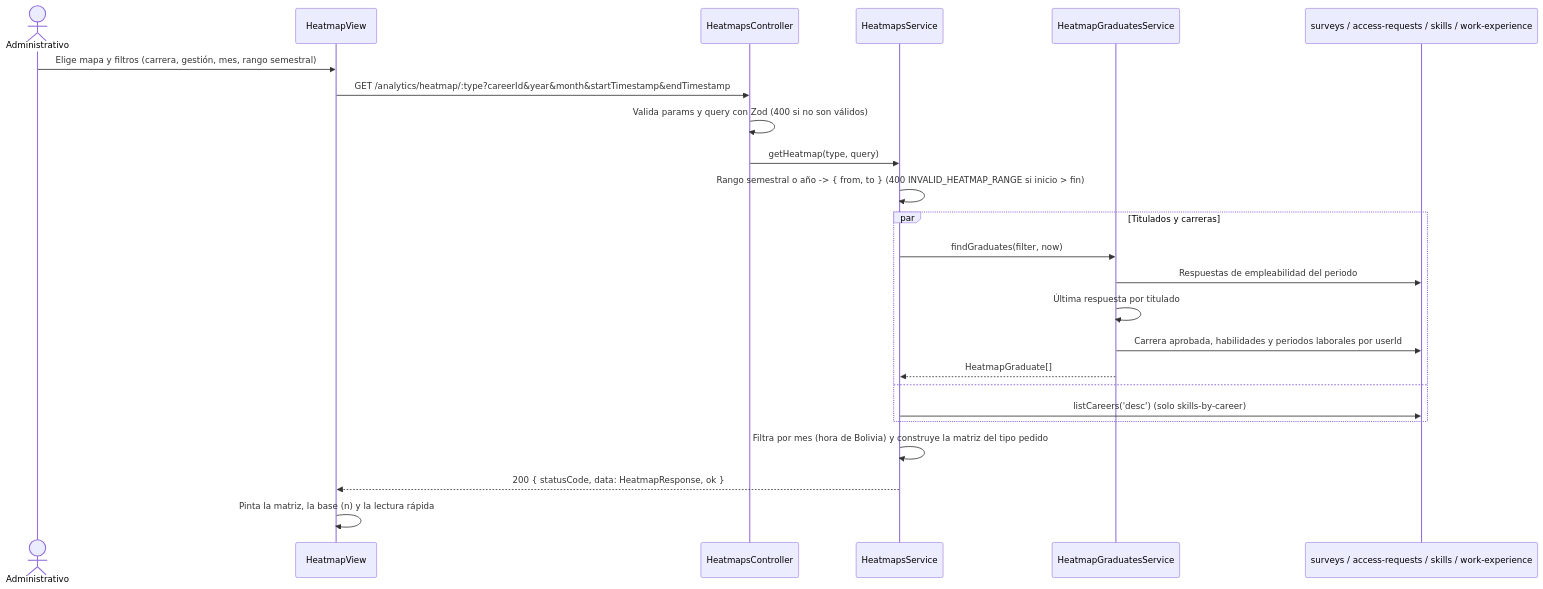
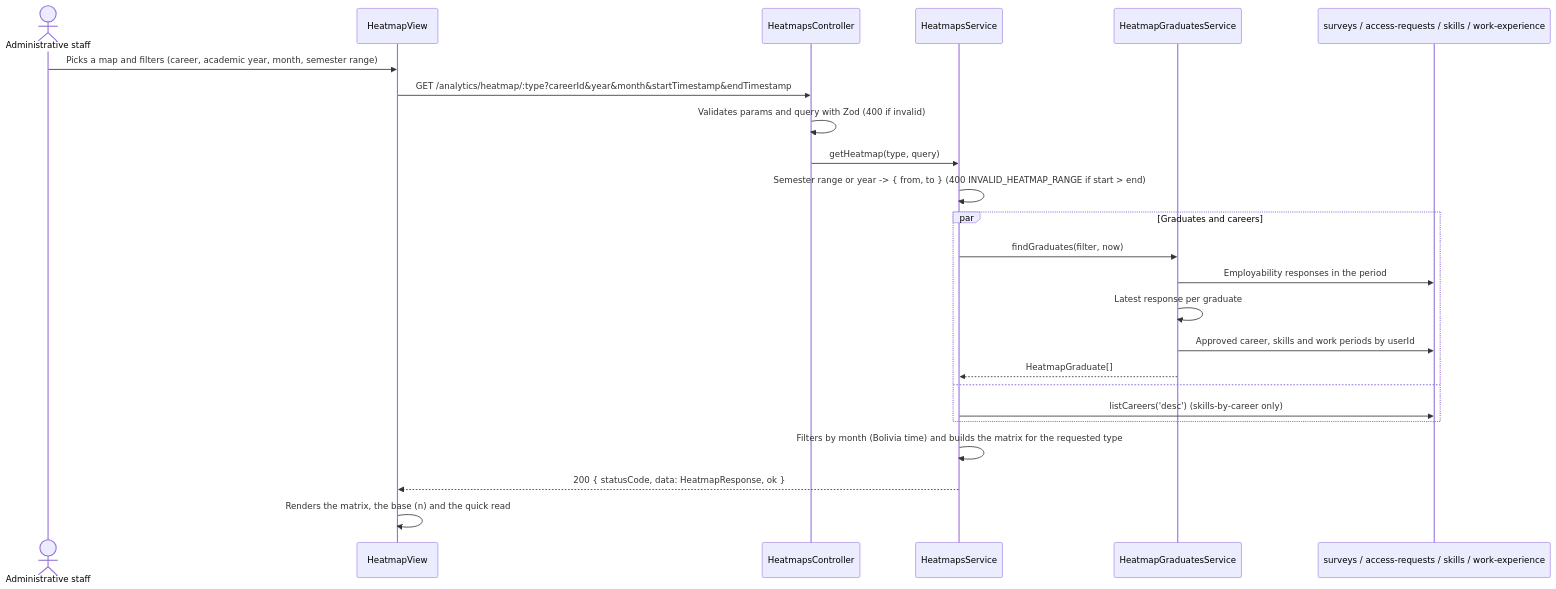
One commit to UMSSY/umssy-app changed the second of 3 diagrams in docs/analytics/README.md. Above: the diagram before and after it, drawn with Mermaid. The commit also changed other lines of this file and 8 other files, not shown here.

````diff
--- a/docs/analytics/README.md
+++ b/docs/analytics/README.md
@@ -54,26 +54,26 @@
 ```mermaid
 sequenceDiagram
-  actor A as Administrativo
+  actor A as Administrative staff
   participant V as HeatmapView
   participant C as HeatmapsController
   participant S as HeatmapsService
   participant G as HeatmapGraduatesService
   participant D as surveys / access-requests / skills / work-experience
-  A->>V: Elige mapa y filtros (carrera, gestión, mes, rango semestral)
+  A->>V: Picks a map and filters (career, academic year, month, semester range)
   V->>C: GET /analytics/heatmap/:type?careerId&year&month&startTimestamp&endTimestamp
-  C->>C: Valida params y query con Zod (400 si no son válidos)
+  C->>C: Validates params and query with Zod (400 if invalid)
   C->>S: getHeatmap(type, query)
-  S->>S: Rango semestral o año -> { from, to } (400 INVALID_HEATMAP_RANGE si inicio > fin)
-  par Titulados y carreras
+  S->>S: Semester range or year -> { from, to } (400 INVALID_HEATMAP_RANGE if start > end)
+  par Graduates and careers
     S->>G: findGraduates(filter, now)
-    G->>D: Respuestas de empleabilidad del periodo
-    G->>G: Última respuesta por titulado
-    G->>D: Carrera aprobada, habilidades y periodos laborales por userId
+    G->>D: Employability responses in the period
+    G->>G: Latest response per graduate
+    G->>D: Approved career, skills and work periods by userId
     G-->>S: HeatmapGraduate[]
   and
-    S->>D: listCareers('desc') (solo skills-by-career)
+    S->>D: listCareers('desc') (skills-by-career only)
   end
-  S->>S: Filtra por mes (hora de Bolivia) y construye la matriz del tipo pedido
+  S->>S: Filters by month (Bolivia time) and builds the matrix for the requested type
   S-->>V: 200 { statusCode, data: HeatmapResponse, ok }
-  V->>V: Pinta la matriz, la base (n) y la lectura rápida
+  V->>V: Renders the matrix, the base (n) and the quick read
 ```
````
